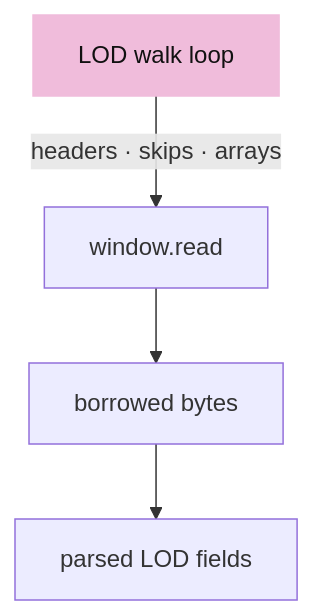
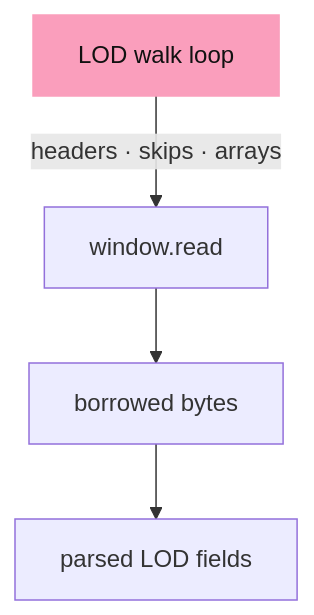
Before and after one commit to petrasvestartas/session: the third of 4 diagrams in session_viewer/docs/15-publication.md, drawn with Mermaid. The commit also changed other lines of this file and 328 other files, not shown here.

First line of the commit message:
Course: the palette you sent, and mermaid drawn like the drawings

````diff
--- a/session_viewer/docs/15-publication.md
+++ b/session_viewer/docs/15-publication.md
@@ -63,7 +63,7 @@
 ```mermaid
 flowchart TB
     L["LOD walk loop"] -- "headers · skips · arrays" --> W["window.read"]
     W --> B["borrowed bytes"]
     B --> P["parsed LOD fields"]
-    style L fill:#f0bcdb,stroke:#f0bcdb,color:#111
+    style L fill:#fa9ebc,stroke:#fa9ebc,color:#111
 ```
````
